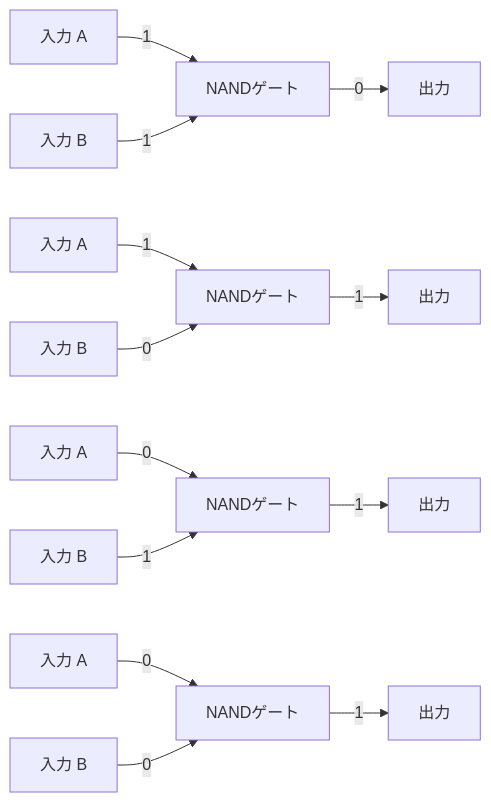
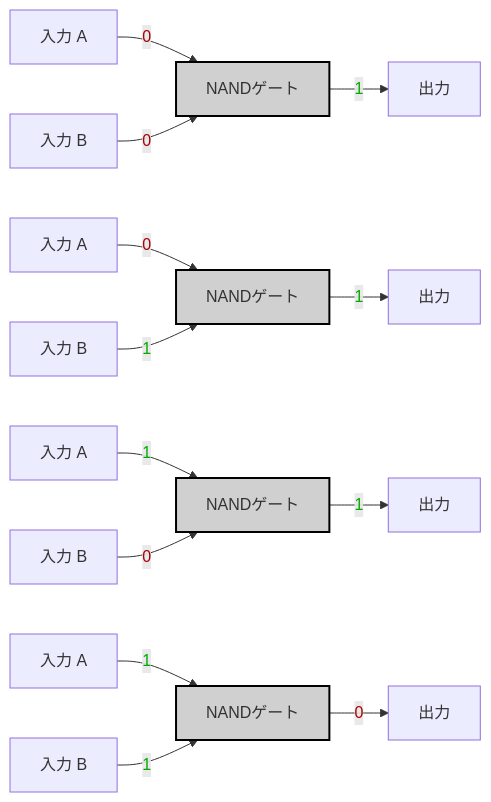
The diagram in 99_Projects/Nand2Tetris/HackHDL/NAND.md (MeJamoLeo/Vault_Templates), drawn with Mermaid before and after one commit. The commit also changed other lines of this file and 1 other file, not shown here.

Commit message:
vault backup: 2025-03-05 01:06:19

````diff
--- a/99_Projects/Nand2Tetris/HackHDL/NAND.md
+++ b/99_Projects/Nand2Tetris/HackHDL/NAND.md
@@ -2,18 +17,20 @@
 ```mermaid
 graph LR;
-    A["入力 A"] -->|1| NAND1;
-    B["入力 B"] -->|1| NAND1;
-    NAND1["NANDゲート"] -->|0| OUT["出力"];
-    
-    A2["入力 A"] -->|1| NAND2;
-    B2["入力 B"] -->|0| NAND2;
-    NAND2["NANDゲート"] -->|1| OUT2["出力"];
-    
-    A3["入力 A"] -->|0| NAND3;
-    B3["入力 B"] -->|1| NAND3;
-    NAND3["NANDゲート"] -->|1| OUT3["出力"];
-    
-    A4["入力 A"] -->|0| NAND4;
-    B4["入力 B"] -->|0| NAND4;
-    NAND4["NANDゲート"] -->|1| OUT4["出力"];
+    A0["入力 A"] -->|<span style="color:#a00">0</span>| NAND0;
+    B0["入力 B"] -->|<span style="color:#a00">0</span>| NAND0;
+    NAND0["NANDゲート"]:::gate -->|<span style="color:#0a0">1</span>| OUT0["出力"];
+
+    A1["入力 A"] -->|<span style="color:#a00">0</span>| NAND1;
+    B1["入力 B"] -->|<span style="color:#0a0">1</span>| NAND1;
+    NAND1["NANDゲート"]:::gate -->|<span style="color:#0a0">1</span>| OUT1["出力"];
+
+    A2["入力 A"] -->|<span style="color:#0a0">1</span>| NAND2;
+    B2["入力 B"] -->|<span style="color:#a00">0</span>| NAND2;
+    NAND2["NANDゲート"]:::gate -->|<span style="color:#0a0">1</span>| OUT2["出力"];
+
+    A3["入力 A"] -->|<span style="color:#0a0">1</span>| NAND3;
+    B3["入力 B"] -->|<span style="color:#0a0">1</span>| NAND3;
+    NAND3["NANDゲート"]:::gate -->|<span style="color:#a00">0</span>| OUT3["出力"];
+
+    classDef gate fill:#d0d0d0,stroke:#000,stroke-width:2px;
 ```
````
